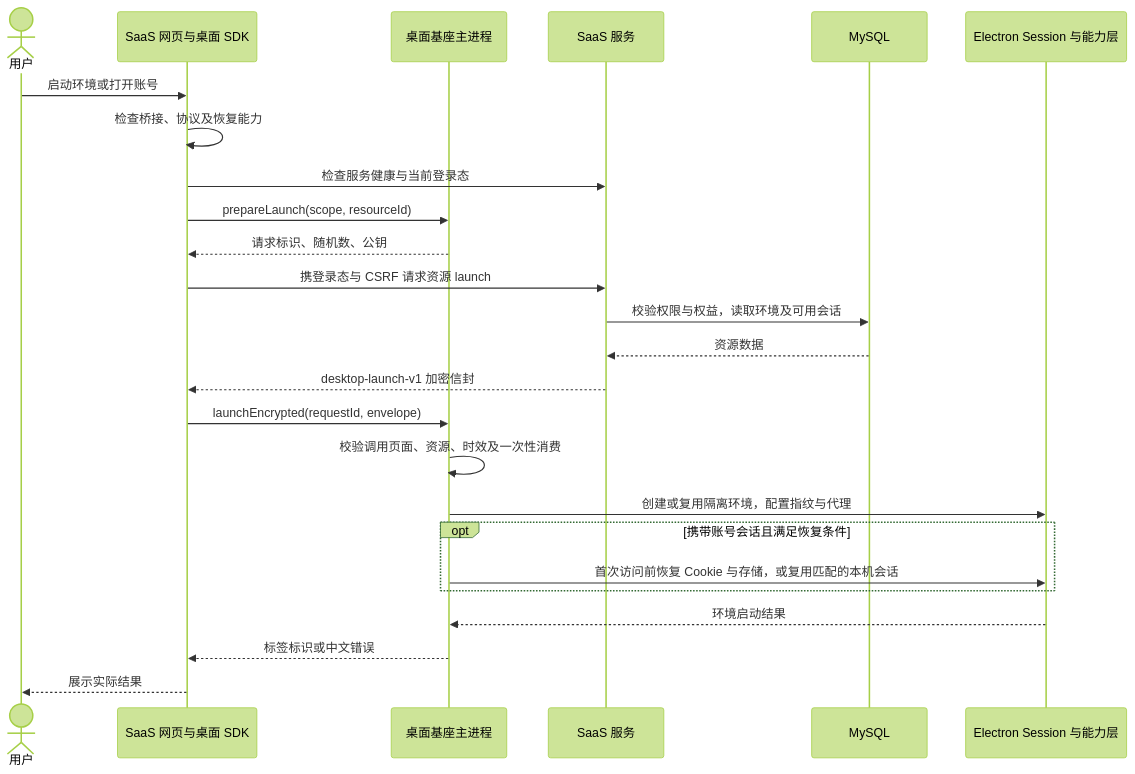
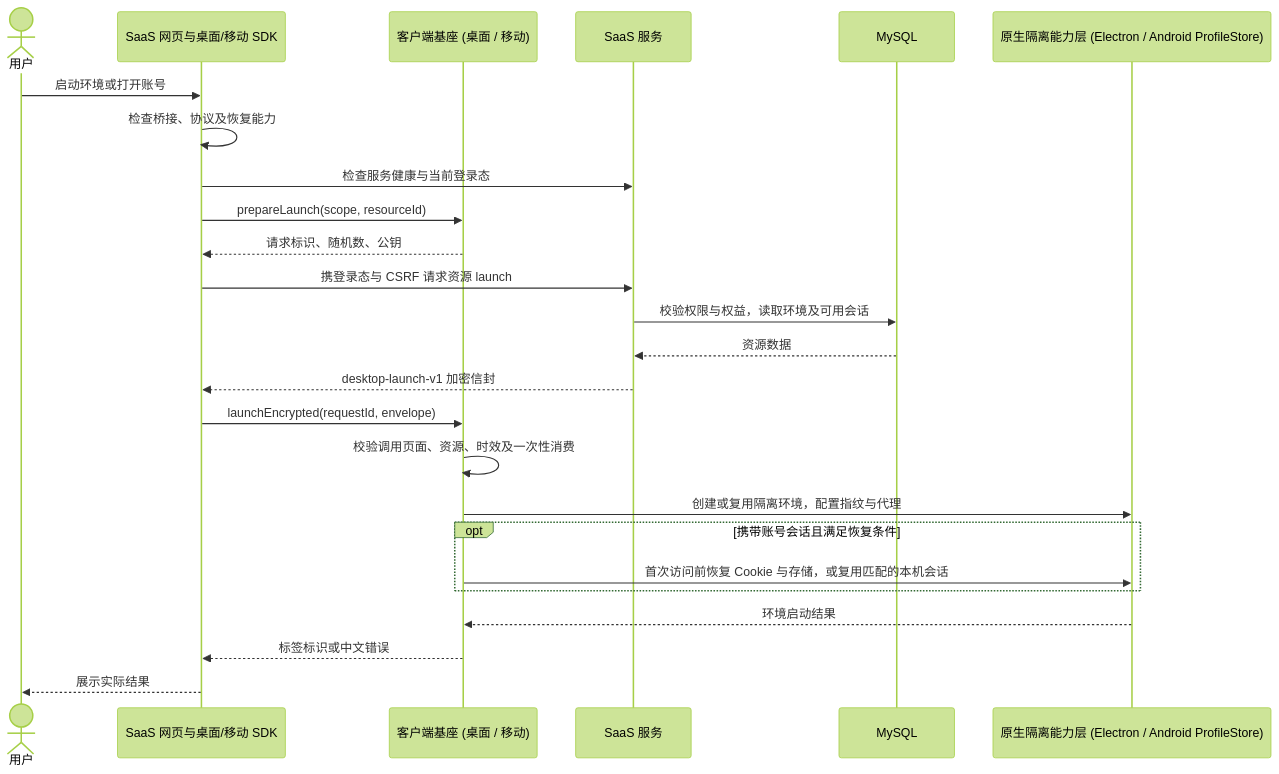
The third of 5 diagrams in docs/项目关系与开发流程.md (gplwzz1989/electron.fingerprint), drawn with Mermaid (forest theme) before and after one commit. The commit also changed other lines of this file and 7 other files, not shown here.

````diff
--- a/docs/项目关系与开发流程.md
+++ b/docs/项目关系与开发流程.md
@@ -53,27 +63,27 @@
 ```mermaid
 sequenceDiagram
     actor 用户
-    participant 网页 as SaaS 网页与桌面 SDK
-    participant 桌面 as 桌面基座主进程
+    participant 网页 as SaaS 网页与桌面/移动 SDK
+    participant 客户端 as 客户端基座 (桌面 / 移动)
     participant 服务 as SaaS 服务
     participant 数据 as MySQL
-    participant 内核 as Electron Session 与能力层
+    participant 原生 as 原生隔离能力层 (Electron / Android ProfileStore)
     用户->>网页: 启动环境或打开账号
     网页->>网页: 检查桥接、协议及恢复能力
     网页->>服务: 检查服务健康与当前登录态
-    网页->>桌面: prepareLaunch(scope, resourceId)
-    桌面-->>网页: 请求标识、随机数、公钥
+    网页->>客户端: prepareLaunch(scope, resourceId)
+    客户端-->>网页: 请求标识、随机数、公钥
     网页->>服务: 携登录态与 CSRF 请求资源 launch
     服务->>数据: 校验权限与权益，读取环境及可用会话
     数据-->>服务: 资源数据
     服务-->>网页: desktop-launch-v1 加密信封
-    网页->>桌面: launchEncrypted(requestId, envelope)
-    桌面->>桌面: 校验调用页面、资源、时效及一次性消费
-    桌面->>内核: 创建或复用隔离环境，配置指纹与代理
+    网页->>客户端: launchEncrypted(requestId, envelope)
+    客户端->>客户端: 校验调用页面、资源、时效及一次性消费
+    客户端->>原生: 创建或复用隔离环境，配置指纹与代理
     opt 携带账号会话且满足恢复条件
-        桌面->>内核: 首次访问前恢复 Cookie 与存储，或复用匹配的本机会话
+        客户端->>原生: 首次访问前恢复 Cookie 与存储，或复用匹配的本机会话
     end
-    内核-->>桌面: 环境启动结果
-    桌面-->>网页: 标签标识或中文错误
+    原生-->>客户端: 环境启动结果
+    客户端-->>网页: 标签标识或中文错误
     网页-->>用户: 展示实际结果
 ```
````
